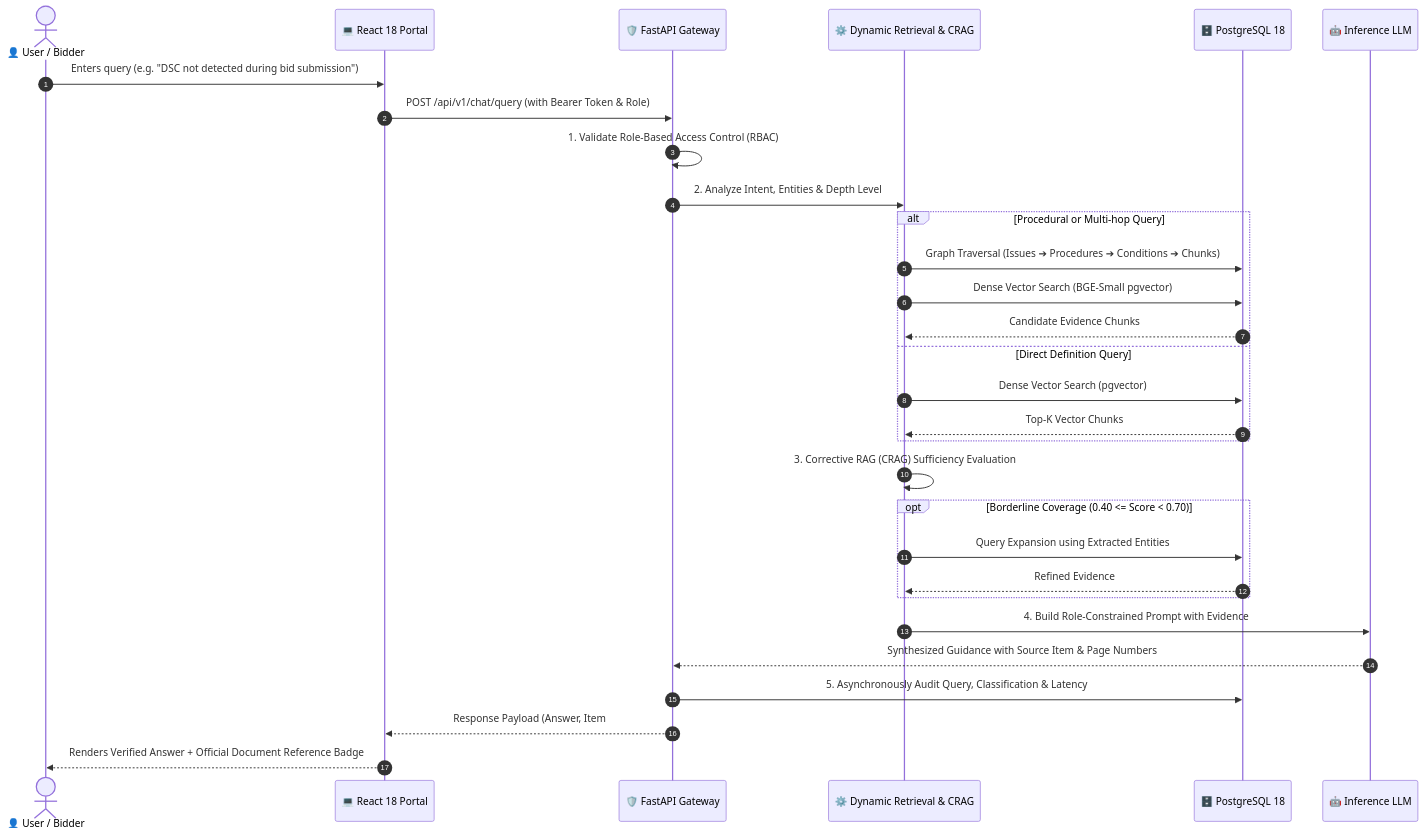
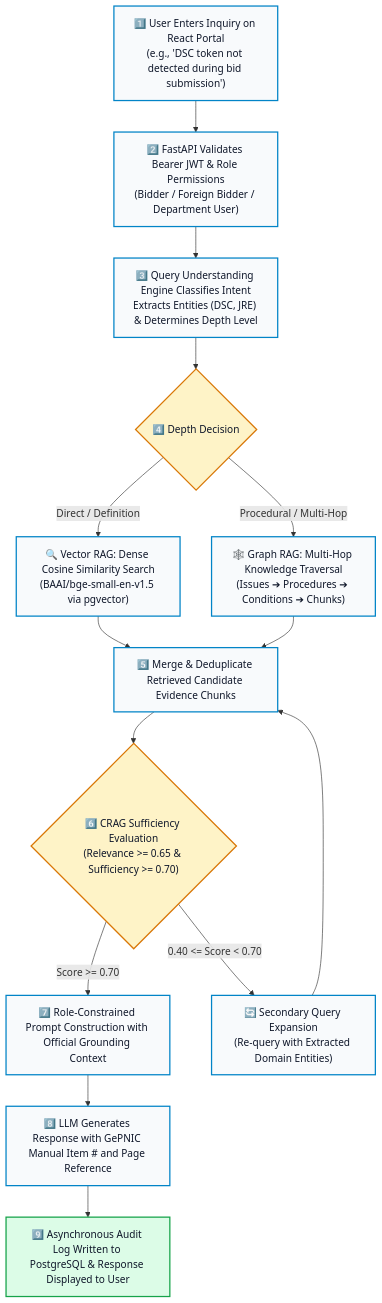
The second of 3 diagrams in README.md (normalnevan1/clarifibids), drawn with Mermaid before and after one commit. The commit also changed other lines of this file, not shown here.

Commit message:
docs: convert sequence and schema diagrams to vertical flowcharts to ensure large, crisp, readable rendering on GitHub

````diff
--- a/README.md
+++ b/README.md
@@ -56,37 +67,39 @@
 ```mermaid
-sequenceDiagram
-    autonumber
-    actor User as 👤 User / Bidder
-    participant UI as 💻 React 18 Portal
-    participant API as 🛡️ FastAPI Gateway
-    participant Engine as ⚙️ Dynamic Retrieval & CRAG
-    participant DB as 🗄️ PostgreSQL 18
-    participant LLM as 🤖 Inference LLM
+flowchart TD
+    classDef step fill:#f8fafc,stroke:#0284c7,stroke-width:2px,color:#0f172a;
+    classDef decision fill:#fef3c7,stroke:#d97706,stroke-width:2px,color:#0f172a;
+    classDef success fill:#dcfce7,stroke:#16a34a,stroke-width:2px,color:#0f172a;
+
+    S1["1️⃣ User Enters Inquiry on React Portal<br/>(e.g., 'DSC token not detected during bid submission')"]:::step
+    S2["2️⃣ FastAPI Validates Bearer JWT & Role Permissions<br/>(Bidder / Foreign Bidder / Department User)"]:::step
+    S3["3️⃣ Query Understanding Engine Classifies Intent<br/>Extracts Entities (DSC, JRE) & Determines Depth Level"]:::step
     
-    User->>UI: Enters query (e.g. "DSC not detected during bid submission")
-    UI->>API: POST /api/v1/chat/query (with Bearer Token & Role)
+    D1{"4️⃣ Depth Decision"}:::decision
     
-    API->>API: 1. Validate Role-Based Access Control (RBAC)
-    API->>Engine: 2. Analyze Intent, Entities & Depth Level
+    R1["🔍 Vector RAG: Dense Cosine Similarity Search<br/>(BAAI/bge-small-en-v1.5 via pgvector)"]:::step
+    R2["🕸️ Graph RAG: Multi-Hop Knowledge Traversal<br/>(Issues ➔ Procedures ➔ Conditions ➔ Chunks)"]:::step
     
-    alt Procedural or Multi-hop Query
-        Engine->>DB: Graph Traversal (Issues ➔ Procedures ➔ Conditions ➔ Chunks)
-        Engine->>DB: Dense Vector Search (BGE-Small pgvector)
-        DB-->>Engine: Candidate Evidence Chunks
-    else Direct Definition Query
-        Engine->>DB: Dense Vector Search (pgvector)
-        DB-->>Engine: Top-K Vector Chunks
-    end
+    S4["5️⃣ Merge & Deduplicate Retrieved Candidate Evidence Chunks"]:::step
     
-    Engine->>Engine: 3. Corrective RAG (CRAG) Sufficiency Evaluation
-    opt Borderline Coverage (0.40 <= Score < 0.70)
-        Engine->>DB: Query Expansion using Extracted Entities
-        DB-->>Engine: Refined Evidence
-    end
+    D2{"6️⃣ CRAG Sufficiency Evaluation<br/>(Relevance >= 0.65 & Sufficiency >= 0.70)"}:::decision
     
-    Engine->>LLM: 4. Build Role-Constrained Prompt with Evidence
-    LLM-->>API: Synthesized Guidance with Source Item & Page Numbers
-    API->>DB: 5. Asynchronously Audit Query, Classification & Latency
-    API-->>UI: Response Payload (Answer, Item #, Page #, Confidence Score)
-    UI-->>User: Renders Verified Answer + Official Document Reference Badge
+    REF["🔄 Secondary Query Expansion<br/>(Re-query with Extracted Domain Entities)"]:::step
+    
+    S5["7️⃣ Role-Constrained Prompt Construction with Official Grounding Context"]:::step
+    S6["8️⃣ LLM Generates Response with GePNIC Manual Item # and Page Reference"]:::step
+    S7["9️⃣ Asynchronous Audit Log Written to PostgreSQL & Response Displayed to User"]:::success
+
+    S1 --> S2
+    S2 --> S3
+    S3 --> D1
+    D1 -->|"Direct / Definition"| R1
+    D1 -->|"Procedural / Multi-Hop"| R2
+    R1 --> S4
+    R2 --> S4
+    S4 --> D2
+    D2 -->|"Score >= 0.70"| S5
+    D2 -->|"0.40 <= Score < 0.70"| REF
+    REF --> S4
+    S5 --> S6
+    S6 --> S7
 ```
````
